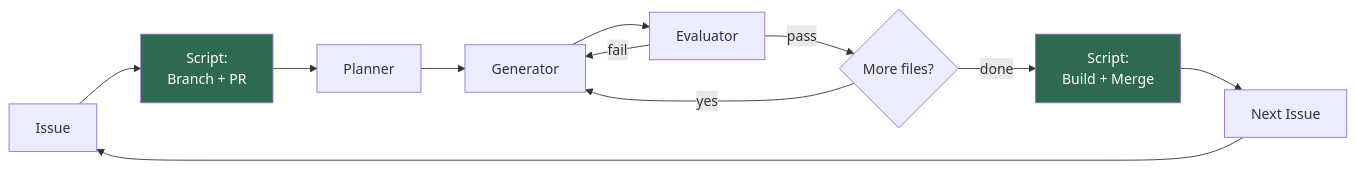
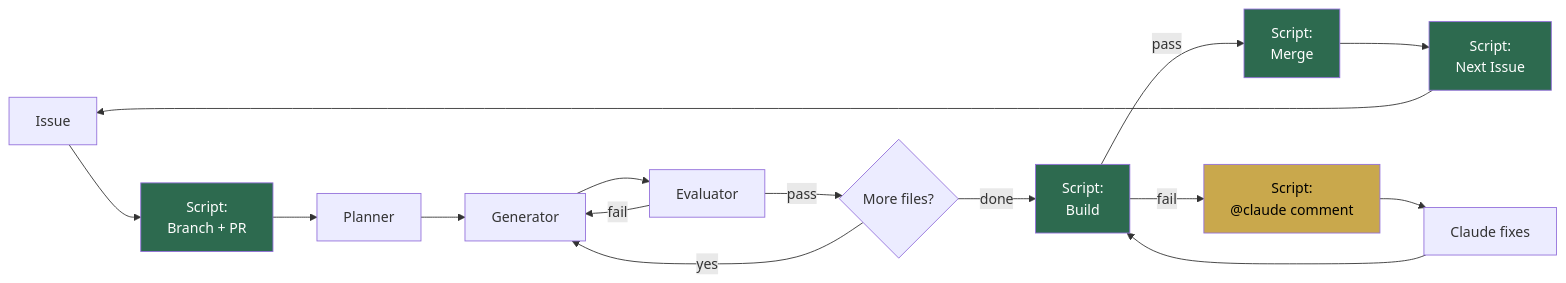
Before and after one commit to RyutoYoda/claude-continuous-loop: the diagram in docs/architecture.md, drawn with Mermaid. The commit also changed other lines of this file and 1 other file, not shown here.

First line of the commit message:
Add build failure auto-fix loop

````diff
--- a/docs/architecture.md
+++ b/docs/architecture.md
@@ -5,16 +5,23 @@
 ```mermaid
 flowchart LR
     A[Issue] --> B["Script:<br/>Branch + PR"]
     B --> C[Planner]
     C --> D[Generator]
     D --> E[Evaluator]
     E -->|fail| D
     E -->|pass| F{"More files?"}
     F -->|yes| D
-    F -->|done| G["Script:<br/>Build + Merge"]
-    G --> H[Next Issue]
-    H --> A
+    F -->|done| G["Script:<br/>Build"]
+    G -->|pass| H["Script:<br/>Merge"]
+    G -->|"fail"| K["Script:<br/>@claude comment"]
+    K --> L["Claude fixes"]
+    L --> G
+    H --> J["Script:<br/>Next Issue"]
+    J --> A
 
     style B fill:#2d6a4f,color:#fff
     style G fill:#2d6a4f,color:#fff
+    style H fill:#2d6a4f,color:#fff
+    style J fill:#2d6a4f,color:#fff
+    style K fill:#c9a84c,color:#000
 ```
````
